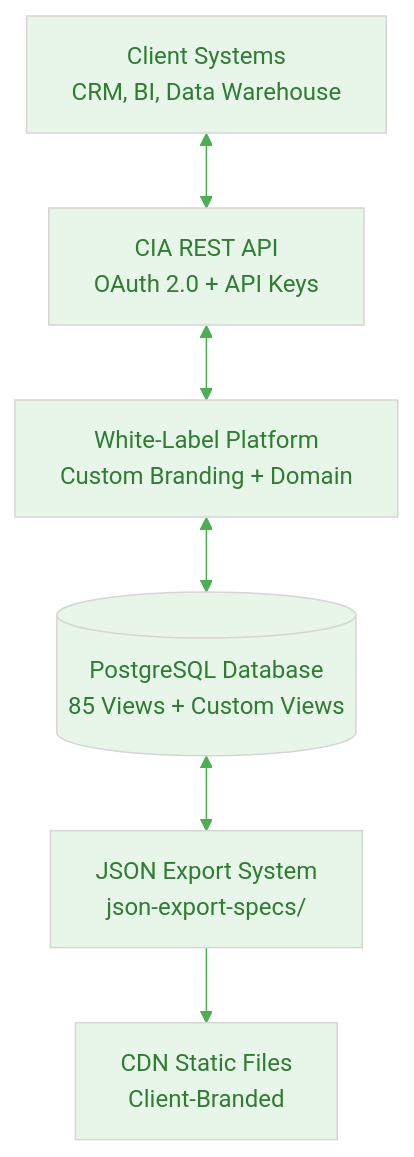
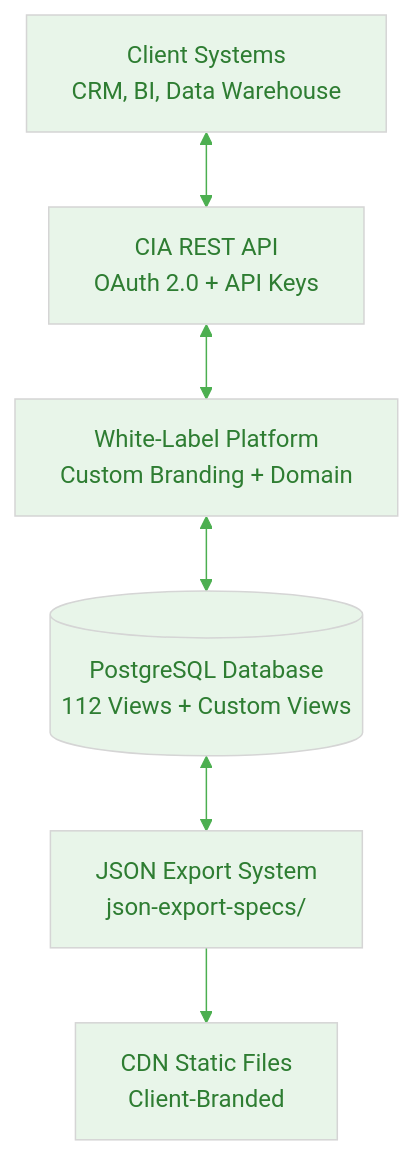
Before and after one commit to Hack23/cia: the fourth of 6 diagrams in BUSINESS_PRODUCT_DOCUMENT.md, drawn with Mermaid. The commit also changed other lines of this file and 1 other file, not shown here.

First line of the commit message:
Update BUSINESS_PRODUCT_DOCUMENT.md to v1.1 with advanced intelligence views (v1.40-v1.43, v1.55, v1.57-v1.61) and 112 view documentation (#8251)

````diff
--- a/BUSINESS_PRODUCT_DOCUMENT.md
+++ b/BUSINESS_PRODUCT_DOCUMENT.md
@@ -700,18 +1620,18 @@
 ```mermaid
 %%{
   init: {
     'theme': 'base',
     'themeVariables': {
       'primaryColor': '#e8f5e9',
       'primaryTextColor': '#2e7d32',
       'lineColor': '#4caf50'
     }
   }
 }%%
 flowchart TB
     CLIENT[Client Systems<br/>CRM, BI, Data Warehouse] <--> API[CIA REST API<br/>OAuth 2.0 + API Keys]
     API <--> PLATFORM[White-Label Platform<br/>Custom Branding + Domain]
-    PLATFORM <--> DB[(PostgreSQL Database<br/>85 Views + Custom Views)]
+    PLATFORM <--> DB[(PostgreSQL Database<br/>112 Views + Custom Views)]
     DB <--> EXPORT[JSON Export System<br/>json-export-specs/]
     EXPORT --> CDN[CDN Static Files<br/>Client-Branded]
 ```
````
